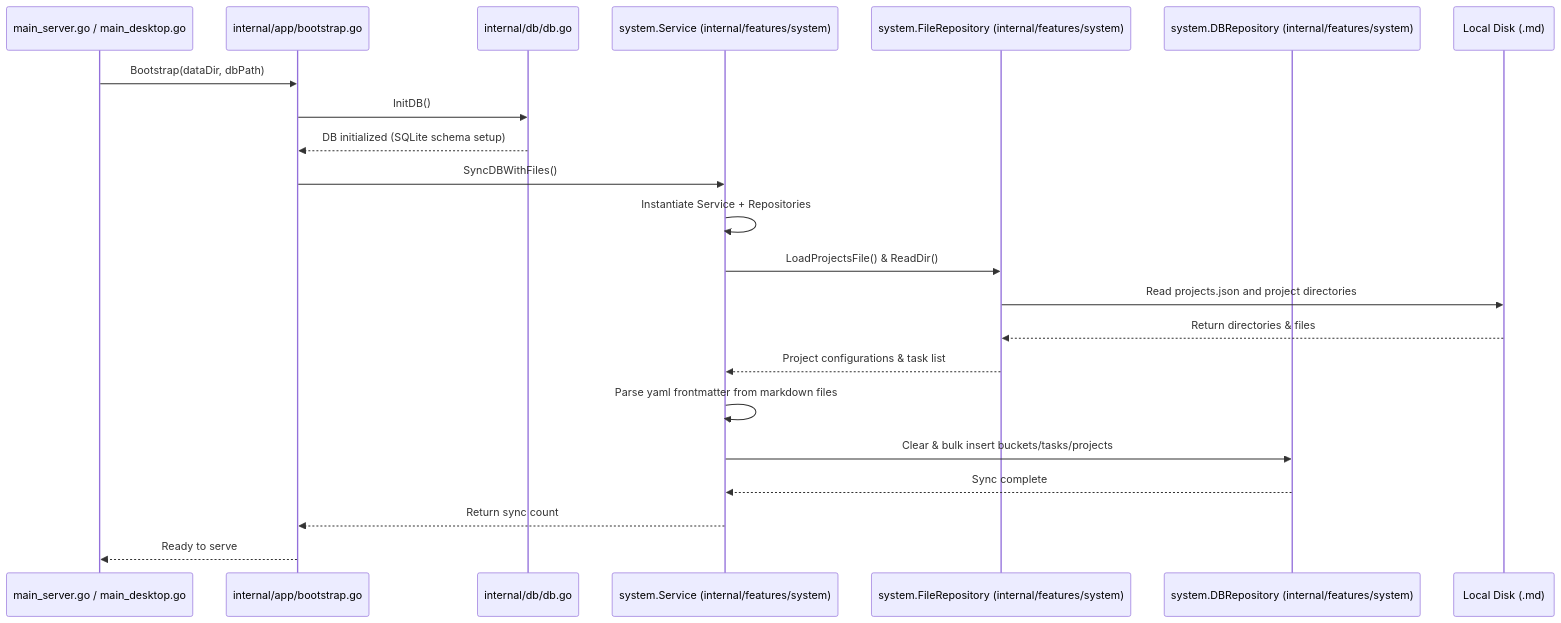
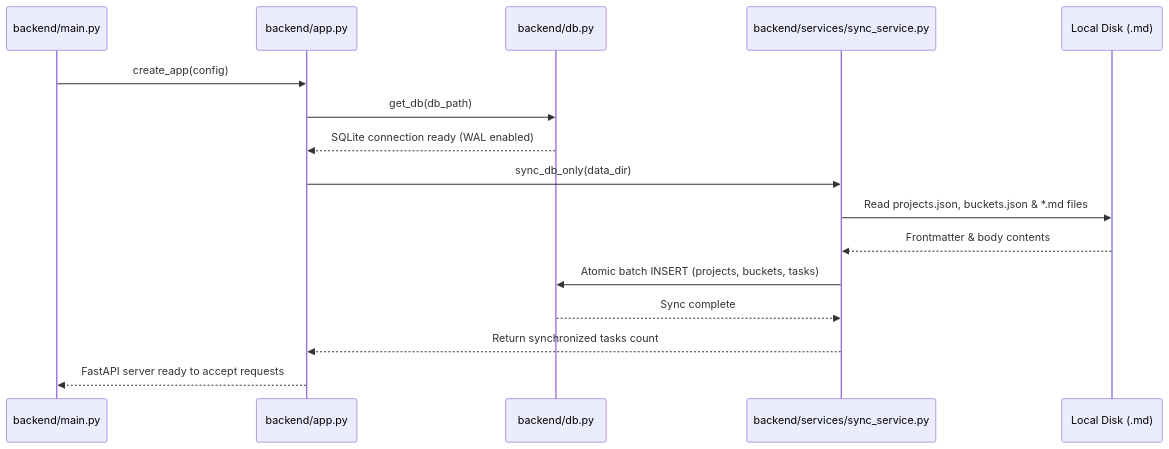
Before and after one commit to simon123h/Jotter: the fourth of 4 diagrams in docs/developer/architecture.md, drawn with Mermaid. The commit also changed other lines of this file and 87 other files, not shown here.

````diff
--- a/docs/developer/architecture.md
+++ b/docs/developer/architecture.md
@@ -117,25 +115,19 @@
 ```mermaid
 sequenceDiagram
-    participant Main as main_server.go / main_desktop.go
-    participant Bootstrap as internal/app/bootstrap.go
-    participant DB as internal/db/db.go
-    participant SysSvc as system.Service (internal/features/system)
-    participant FileRepo as system.FileRepository (internal/features/system)
-    participant DBRepo as system.DBRepository (internal/features/system)
+    participant Main as backend/main.py
+    participant App as backend/app.py
+    participant DB as backend/db.py
+    participant Sync as backend/services/sync_service.py
     participant Disk as Local Disk (.md)
 
-    Main->>Bootstrap: Bootstrap(dataDir, dbPath)
-    Bootstrap->>DB: InitDB()
-    DB-->>Bootstrap: DB initialized (SQLite schema setup)
-    Bootstrap->>SysSvc: SyncDBWithFiles()
-    SysSvc->>SysSvc: Instantiate Service + Repositories
-    SysSvc->>FileRepo: LoadProjectsFile() & ReadDir()
-    FileRepo->>Disk: Read projects.json and project directories
-    Disk-->>FileRepo: Return directories & files
-    FileRepo-->>SysSvc: Project configurations & task list
-    SysSvc->>SysSvc: Parse yaml frontmatter from markdown files
-    SysSvc->>DBRepo: Clear & bulk insert buckets/tasks/projects
-    DBRepo-->>SysSvc: Sync complete
-    SysSvc-->>Bootstrap: Return sync count
-    Bootstrap-->>Main: Ready to serve
+    Main->>App: create_app(config)
+    App->>DB: get_db(db_path)
+    DB-->>App: SQLite connection ready (WAL enabled)
+    App->>Sync: sync_db_only(data_dir)
+    Sync->>Disk: Read projects.json, buckets.json & *.md files
+    Disk-->>Sync: Frontmatter & body contents
+    Sync->>DB: Atomic batch INSERT (projects, buckets, tasks)
+    DB-->>Sync: Sync complete
+    Sync-->>App: Return synchronized tasks count
+    App-->>Main: FastAPI server ready to accept requests
 ```
````
